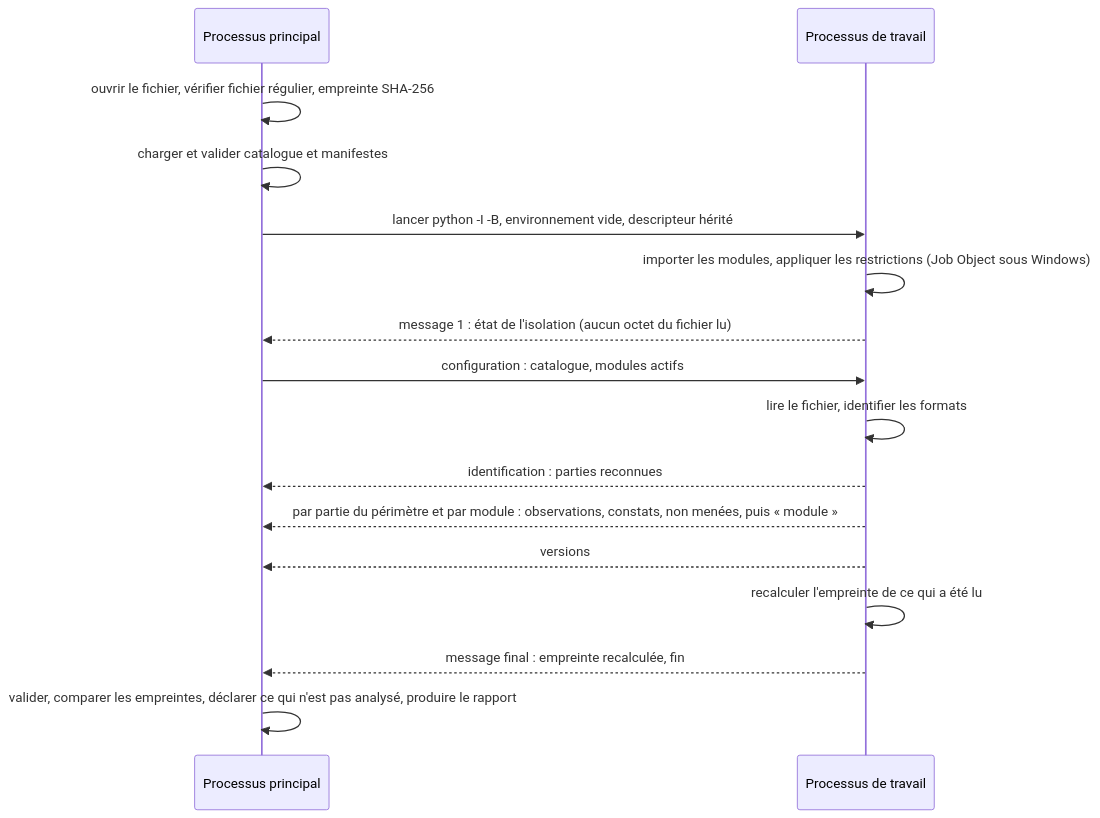
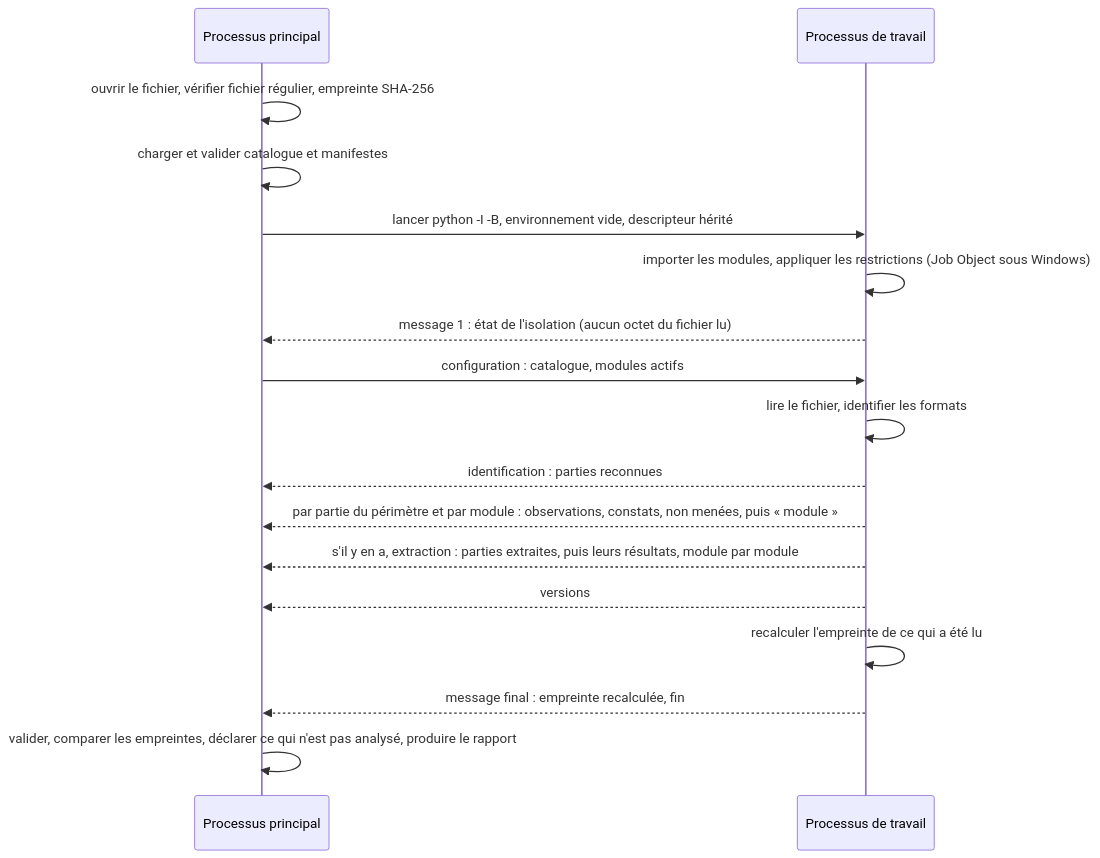
One commit to TheDarkMac/AI-detector changed the second of 2 diagrams in docs/architecture/architecture.md. Above: the diagram before and after it, drawn with Mermaid. The commit also changed other lines of this file and 30 other files, not shown here.

Commit message:
docs: consigne T53 (ADR-0223 à ADR-0227, fiche images-pdf, journal, architecture, découpage, modèle de données, catalogue, glossaire, matrice, renvois)

````diff
--- a/docs/architecture/architecture.md
+++ b/docs/architecture/architecture.md
@@ -78,18 +78,19 @@
 ```mermaid
 sequenceDiagram
   participant P1 as Processus principal
   participant P2 as Processus de travail
   P1->>P1: ouvrir le fichier, vérifier fichier régulier, empreinte SHA-256
   P1->>P1: charger et valider catalogue et manifestes
   P1->>P2: lancer python -I -B, environnement vide, descripteur hérité
   P2->>P2: importer les modules, appliquer les restrictions (Job Object sous Windows)
   P2-->>P1: message 1 : état de l'isolation (aucun octet du fichier lu)
   P1->>P2: configuration : catalogue, modules actifs
   P2->>P2: lire le fichier, identifier les formats
   P2-->>P1: identification : parties reconnues
   P2-->>P1: par partie du périmètre et par module : observations, constats, non menées, puis « module »
+  P2-->>P1: s'il y en a, extraction : parties extraites, puis leurs résultats, module par module
   P2-->>P1: versions
   P2->>P2: recalculer l'empreinte de ce qui a été lu
   P2-->>P1: message final : empreinte recalculée, fin
   P1->>P1: valider, comparer les empreintes, déclarer ce qui n'est pas analysé, produire le rapport
 ```
````
